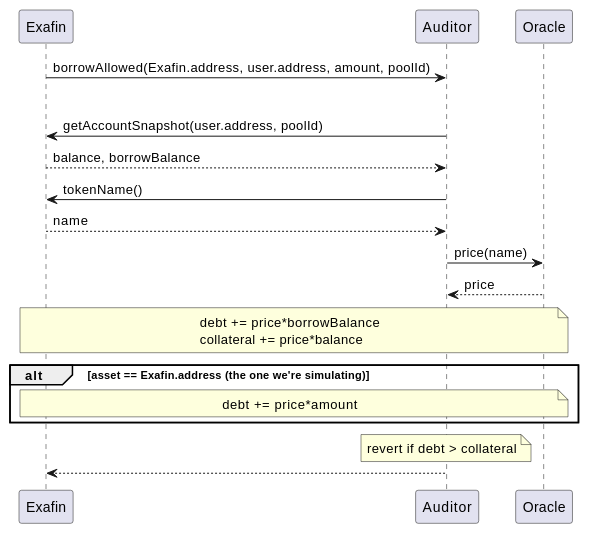
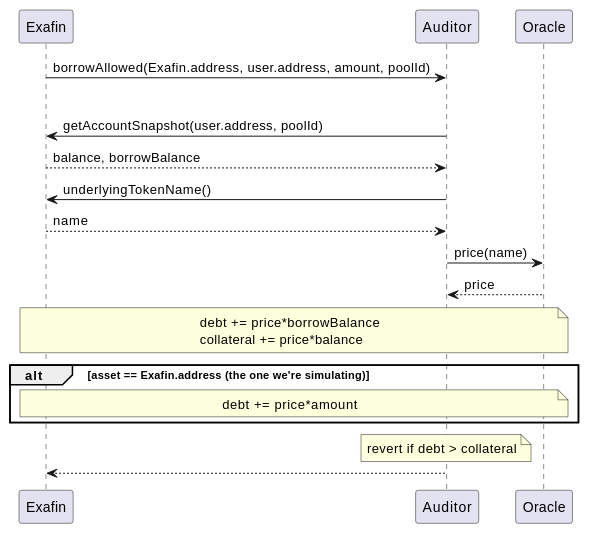
One commit to exactly/protocol changed the second of 2 diagrams in docs/actions.rst. Above: the diagram before and after it, drawn with PlantUML. The commit also changed 7 other files, not shown here.

```diff
--- a/docs/actions.rst
+++ b/docs/actions.rst
@@ -50,27 +50,27 @@
 .. uml::
 
     participant Exafin
     participant Auditor
     participant Oracle
 
     Exafin -> Auditor: borrowAllowed(Exafin.address, user.address, amount, poolId)
 
     loop every enabled Exafin
     Auditor -> Exafin: getAccountSnapshot(user.address, poolId)
     Auditor <-- Exafin: balance, borrowBalance
-    Auditor -> Exafin: tokenName()
+    Auditor -> Exafin: underlyingTokenName()
     Auditor <-- Exafin: name
     Auditor -> Oracle: price(name)
     Auditor <-- Oracle: price
     note across
     debt += price*borrowBalance
     collateral += price*balance
     end note
 
     alt asset == Exafin.address (the one we're simulating)
     note across
     debt += price*amount
     end note
     end
     note over Auditor: revert if debt > collateral
     Exafin <-- Auditor
```
